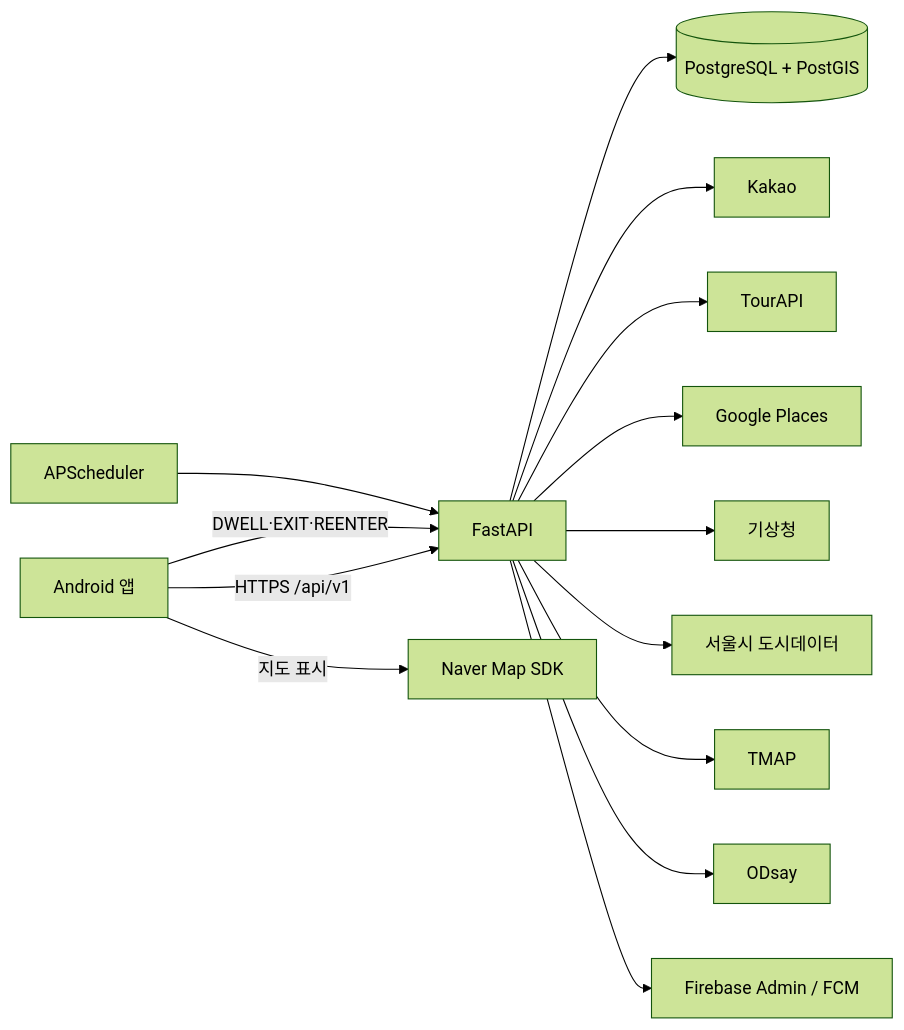
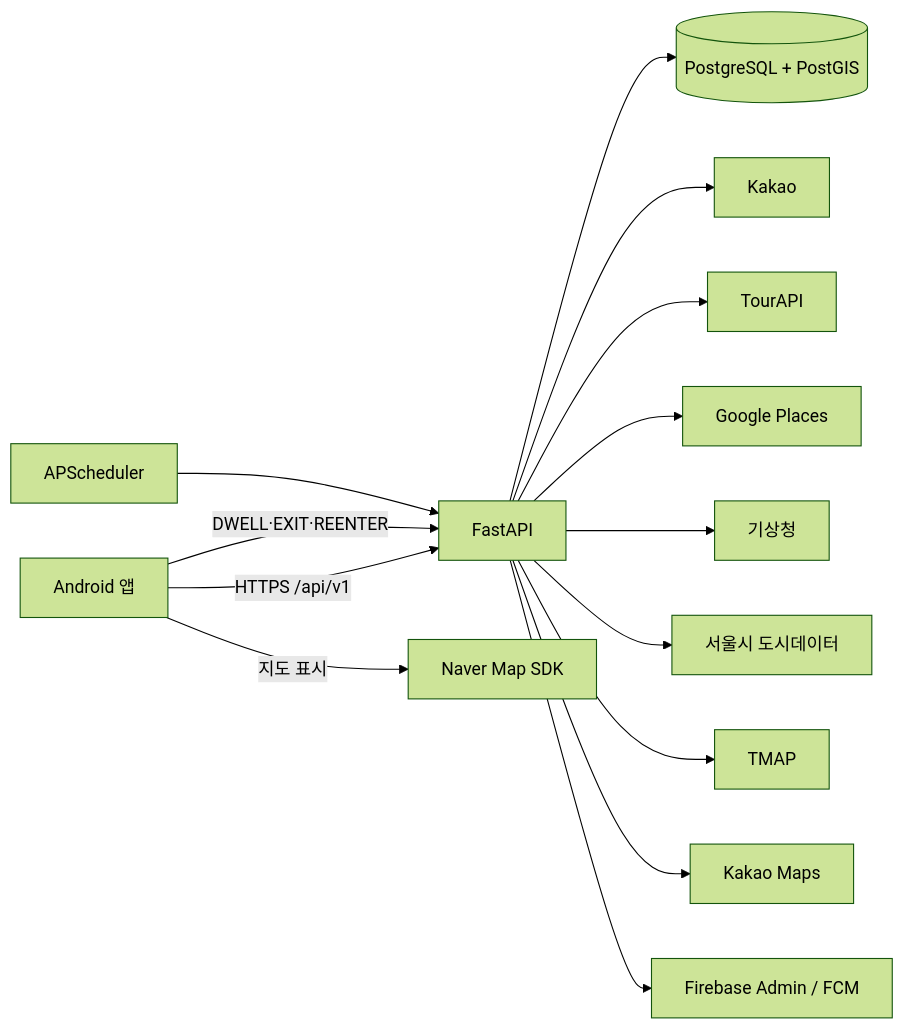
The diagram in docs/decisions/tech-stack.md (angry-cat55/gil-pick), drawn with Mermaid (forest theme) before and after one commit. The commit also changed other lines of this file and 43 other files, not shown here.

````diff
--- a/docs/decisions/tech-stack.md
+++ b/docs/decisions/tech-stack.md
@@ -5,16 +5,16 @@
 ```mermaid
 flowchart LR
     A[Android 앱] -->|HTTPS /api/v1| B[FastAPI]
     A -->|지도 표시| NM[Naver Map SDK]
     A -->|DWELL·EXIT·REENTER| B
     B --> DB[(PostgreSQL + PostGIS)]
     B --> K[Kakao]
     B --> T[TourAPI]
     B --> G[Google Places]
     B --> W[기상청]
     B --> S[서울시 도시데이터]
     B --> TM[TMAP]
-    B --> O[ODsay]
+    B --> KM[Kakao Maps]
     B --> F[Firebase Admin / FCM]
     J[APScheduler] --> B
 ```
````
